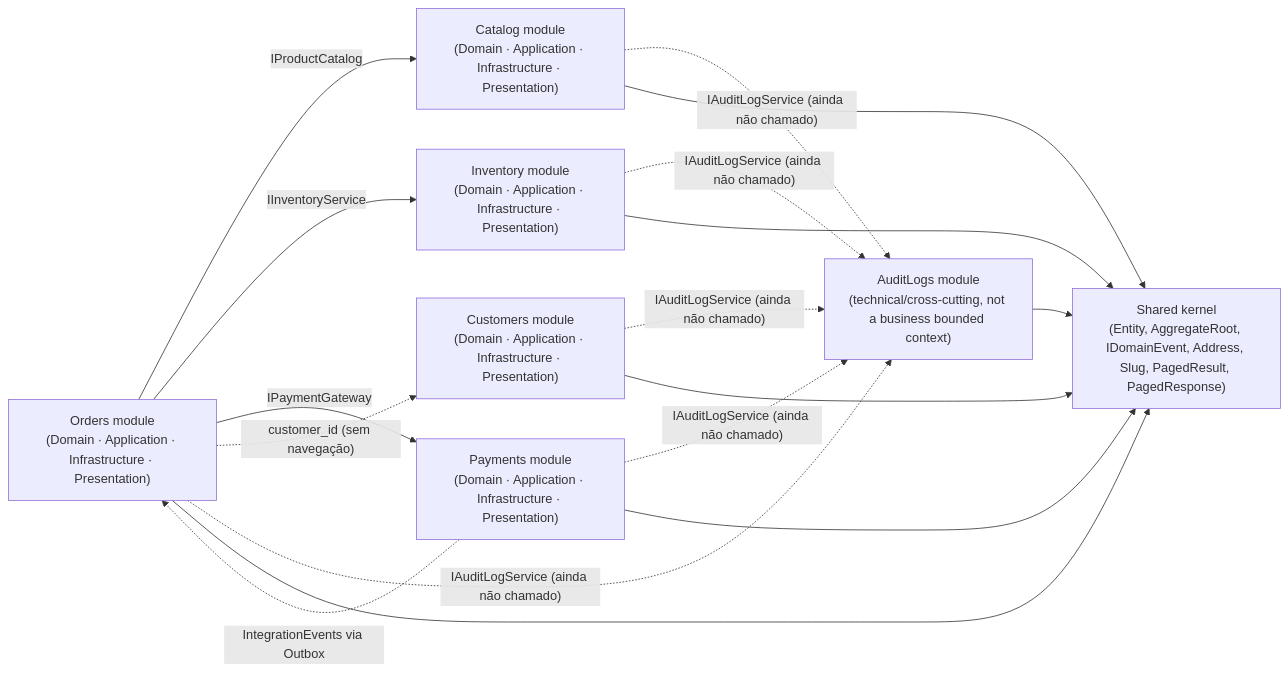
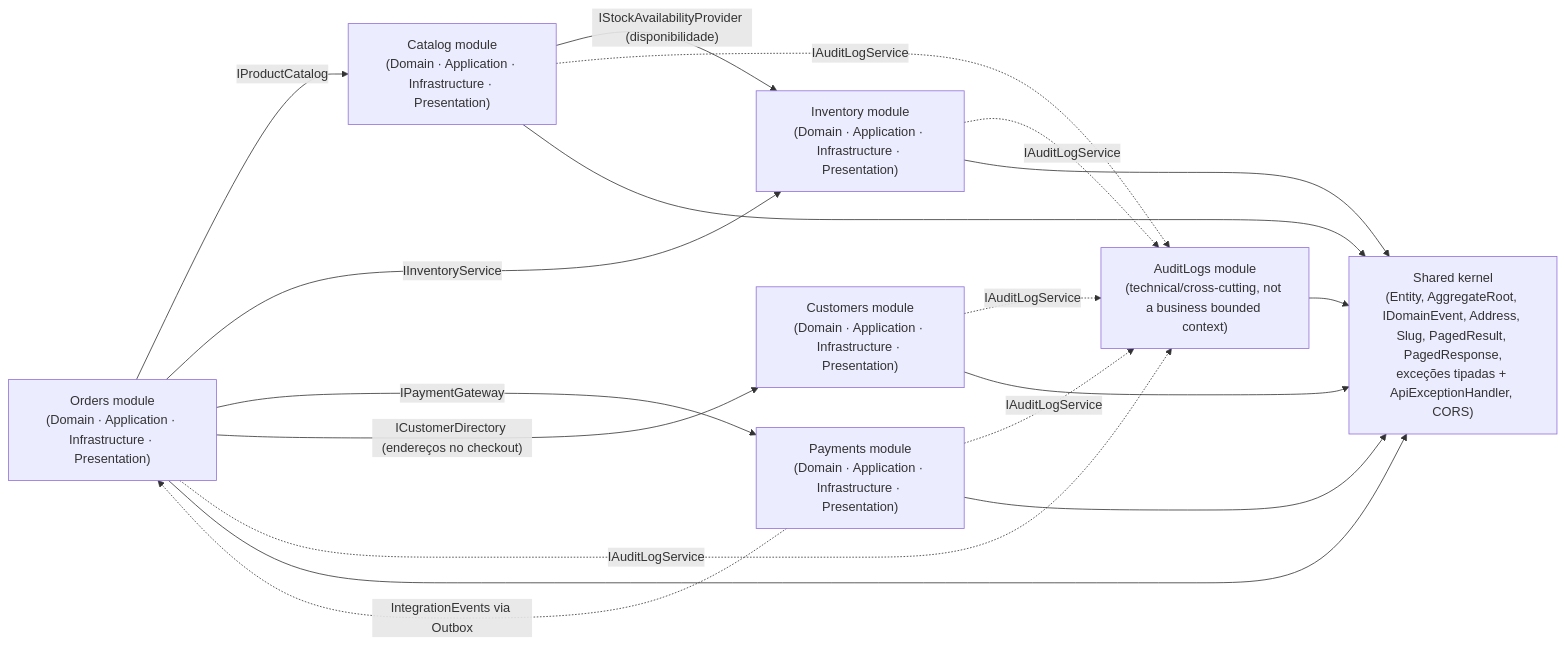
Before and after one commit to Leo-Slv/OrderCore: the diagram in Docs/diagrams/implementation-class/00-overview.md, drawn with Mermaid. The commit also changed other lines of this file and 7 other files, not shown here.

First line of the commit message:
docs(diagrams): reflect the storefront MVP in the class diagrams

````diff
--- a/Docs/diagrams/implementation-class/00-overview.md
+++ b/Docs/diagrams/implementation-class/00-overview.md
@@ -5,28 +5,29 @@
 ```mermaid
 graph LR
     Customers["Customers module\n(Domain · Application · Infrastructure · Presentation)"]
     Catalog["Catalog module\n(Domain · Application · Infrastructure · Presentation)"]
     Inventory["Inventory module\n(Domain · Application · Infrastructure · Presentation)"]
     Orders["Orders module\n(Domain · Application · Infrastructure · Presentation)"]
     Payments["Payments module\n(Domain · Application · Infrastructure · Presentation)"]
     AuditLogs["AuditLogs module\n(technical/cross-cutting, not a business bounded context)"]
-    Shared["Shared kernel\n(Entity, AggregateRoot, IDomainEvent, Address, Slug, PagedResult, PagedResponse)"]
+    Shared["Shared kernel\n(Entity, AggregateRoot, IDomainEvent, Address, Slug, PagedResult, PagedResponse,\nexceções tipadas + ApiExceptionHandler, CORS)"]
 
     Orders -->|IProductCatalog| Catalog
     Orders -->|IInventoryService| Inventory
     Orders -->|IPaymentGateway| Payments
-    Orders -.->|"customer_id (sem navegação)"| Customers
+    Orders -->|"ICustomerDirectory (endereços no checkout)"| Customers
+    Catalog -->|"IStockAvailabilityProvider (disponibilidade)"| Inventory
     Payments -.->|IntegrationEvents via Outbox| Orders
-    Orders -.->|"IAuditLogService (ainda não chamado)"| AuditLogs
-    Payments -.->|"IAuditLogService (ainda não chamado)"| AuditLogs
-    Inventory -.->|"IAuditLogService (ainda não chamado)"| AuditLogs
-    Catalog -.->|"IAuditLogService (ainda não chamado)"| AuditLogs
-    Customers -.->|"IAuditLogService (ainda não chamado)"| AuditLogs
+    Orders -.->|IAuditLogService| AuditLogs
+    Payments -.->|IAuditLogService| AuditLogs
+    Inventory -.->|IAuditLogService| AuditLogs
+    Catalog -.->|IAuditLogService| AuditLogs
+    Customers -.->|IAuditLogService| AuditLogs
 
     Customers --> Shared
     Catalog --> Shared
     Inventory --> Shared
     Orders --> Shared
     Payments --> Shared
     AuditLogs --> Shared
 ```
````
